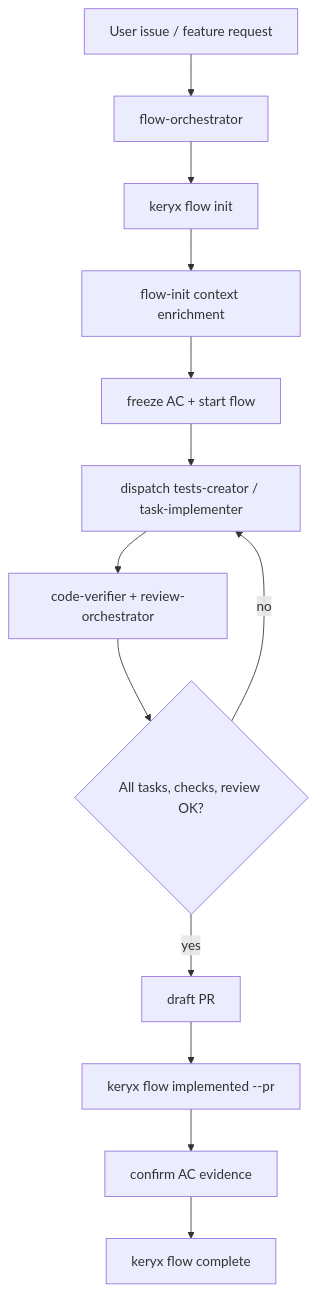
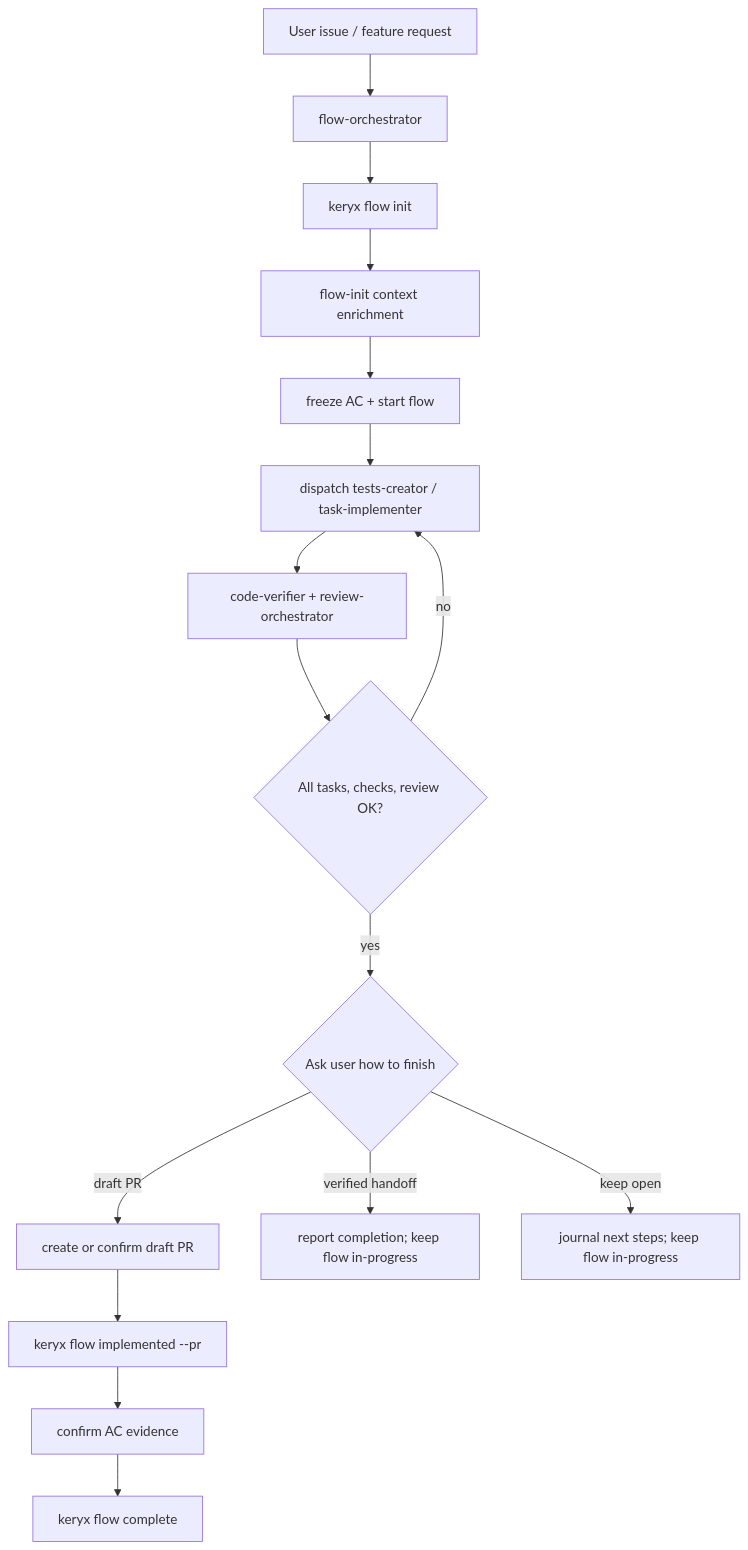
One commit to MrCipherSmith/keryx changed the diagram in .metaproject/skills/gdskills/orchestration/flow-orchestrator/SKILL.md. Above: the diagram before and after it, drawn with Mermaid. The commit also changed other lines of this file and 7 other files, not shown here.

First line of the commit message:
feat: Add flow completion choice

````diff
--- a/.metaproject/skills/gdskills/orchestration/flow-orchestrator/SKILL.md
+++ b/.metaproject/skills/gdskills/orchestration/flow-orchestrator/SKILL.md
@@ -72,15 +73,18 @@
 ```mermaid
 flowchart TD
   A["User issue / feature request"] --> B["flow-orchestrator"]
   B --> C["keryx flow init"]
   C --> D["flow-init context enrichment"]
   D --> E["freeze AC + start flow"]
   E --> F["dispatch tests-creator / task-implementer"]
   F --> G["code-verifier + review-orchestrator"]
   G --> H{"All tasks, checks, review OK?"}
   H -- "no" --> F
-  H -- "yes" --> I["draft PR"]
-  I --> J["keryx flow implemented --pr"]
-  J --> K["confirm AC evidence"]
-  K --> L["keryx flow complete"]
+  H -- "yes" --> I{"Ask user how to finish"}
+  I -- "draft PR" --> J["create or confirm draft PR"]
+  J --> K["keryx flow implemented --pr"]
+  K --> L["confirm AC evidence"]
+  L --> M["keryx flow complete"]
+  I -- "verified handoff" --> N["report completion; keep flow in-progress"]
+  I -- "keep open" --> O["journal next steps; keep flow in-progress"]
 ```
````
